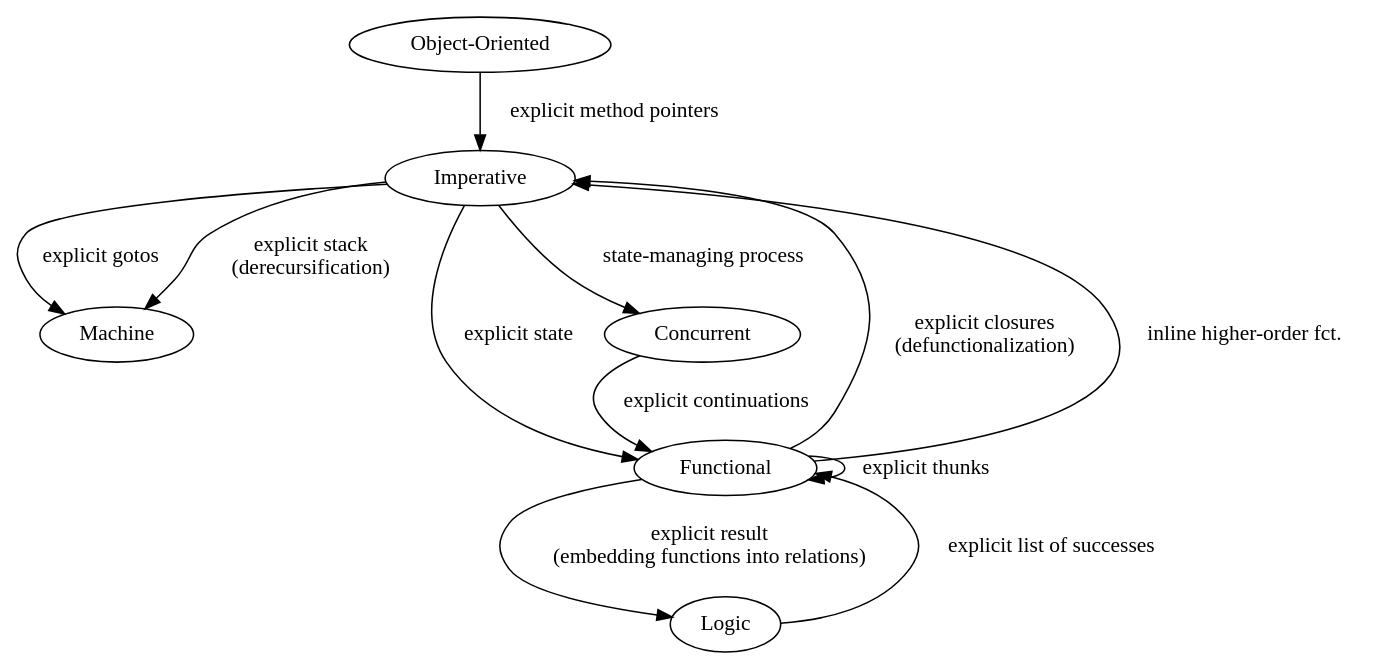
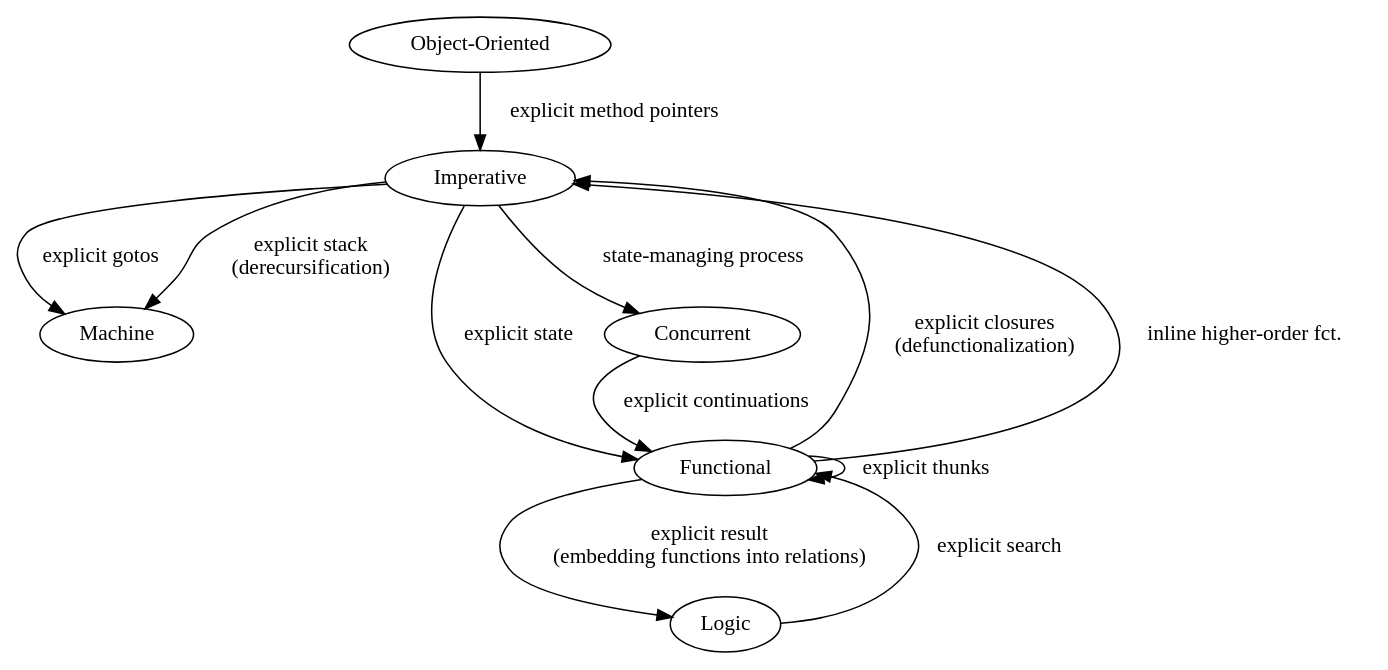
Before and after one commit to jyp/PLT-Course: the fourth of 4 diagrams in Pub/Lectures.org, drawn with Graphviz. The commit also changed other lines of this file, not shown here.

Commit message:
link to search implementation

```diff
--- a/Pub/Lectures.org
+++ b/Pub/Lectures.org
@@ -2890,15 +2894,15 @@
 #+begin_src dot :file transformations.svg :cmdline -Kdot -Tsvg :exports results
 digraph G {
    Imperative -> Machine [label="explicit gotos"]
    Imperative -> Machine [label="explicit stack\n(derecursification)"]
    "Object-Oriented" -> Imperative [label="explicit method pointers"]
    Functional -> Imperative [label="explicit closures\n(defunctionalization)"]
    Functional -> Imperative [label="inline higher-order fct."]
    Imperative -> Functional [label="explicit state"]
    Functional -> Functional [label="explicit thunks"]
    Imperative -> Concurrent [label="state-managing process"]
    Concurrent -> Functional [label="explicit continuations"]   
    Functional -> Logic [label="explicit result\n(embedding functions into relations)"]
-   Logic -> Functional [label="explicit list of successes"]
+   Logic -> Functional [label="explicit search"]
 }
 #+end_src
```
